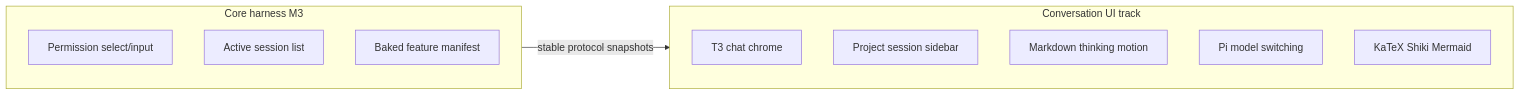
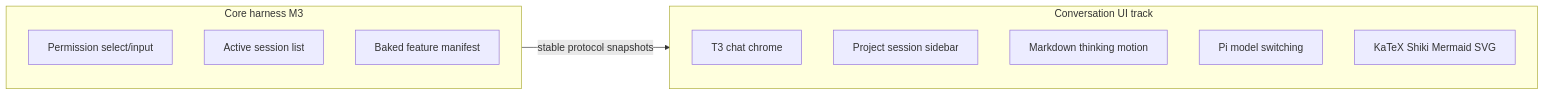
The diagram in docs/plans/conversation-ui.md (vietfood/pho-code), drawn with Mermaid before and after one commit. The commit also changed other lines of this file and 12 other files, not shown here.

````diff
--- a/docs/plans/conversation-ui.md
+++ b/docs/plans/conversation-ui.md
@@ -20,16 +20,16 @@
 ```mermaid
 flowchart LR
   subgraph core [Core harness M3]
     perm[Permission select/input]
     sess[Active session list]
     feat[Baked feature manifest]
   end
   subgraph ui [Conversation UI track]
     chrome[T3 chat chrome]
     sidebar[Project session sidebar]
     md[Markdown thinking motion]
     model[Pi model switching]
-    tex[KaTeX Shiki Mermaid]
+    tex[KaTeX Shiki Mermaid SVG]
   end
   core -->|"stable protocol snapshots"| ui
 ```
````
